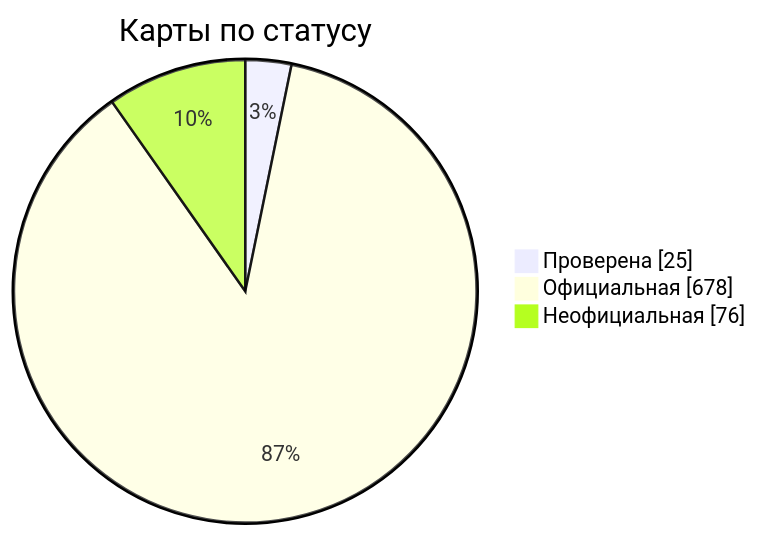
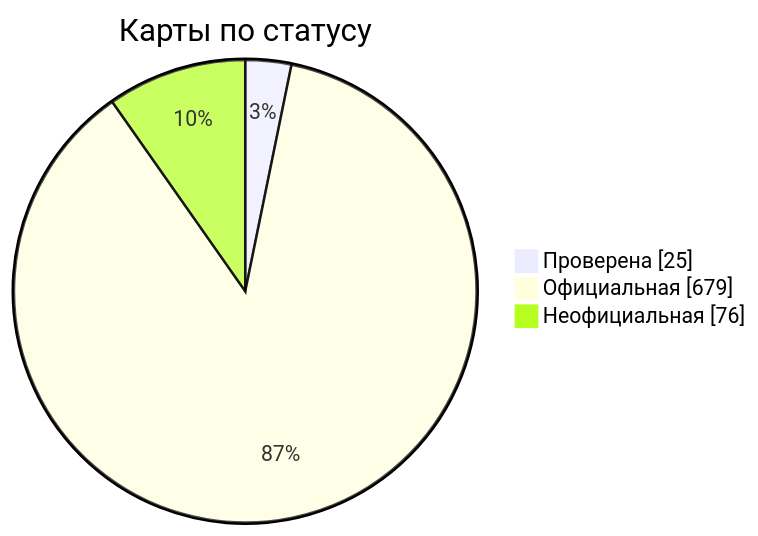
Before and after one commit to nobrega8/mbmap-library: the diagram in docs/readme/README_RU.md, drawn with Mermaid. The commit also changed 6 other files, not shown here.

````diff
--- a/docs/readme/README_RU.md
+++ b/docs/readme/README_RU.md
@@ -54,7 +54,7 @@
 ```mermaid
 pie showData
     title Карты по статусу
     "Проверена" : 25
-    "Официальная" : 678
+    "Официальная" : 679
     "Неофициальная" : 76
 ```
````
